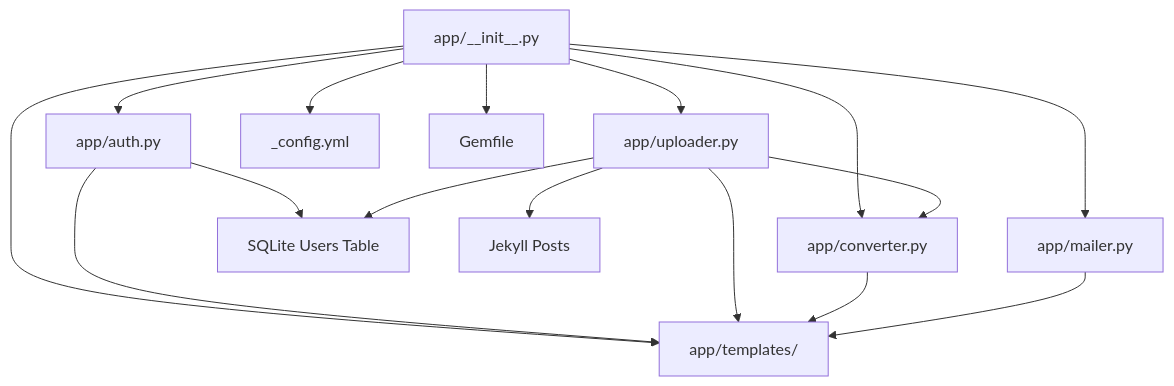
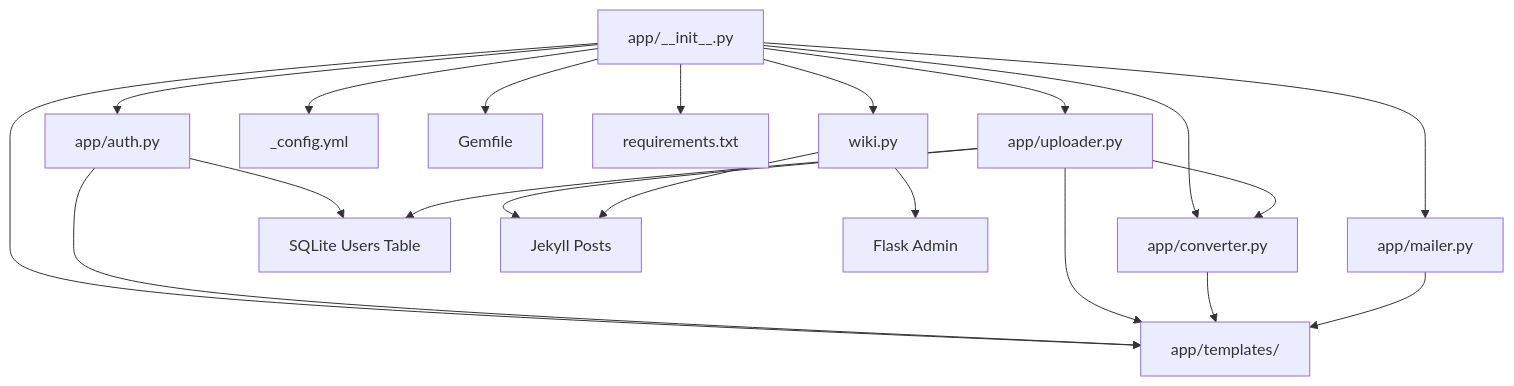
One commit to PolarisW007/PolaZhenJing changed the eighth of 8 diagrams in .qoder/repowiki/en/content/Backend Application/Application Architecture.md. Above: the diagram before and after it, drawn with Mermaid. The commit also changed other lines of this file and 12 other files, not shown here.

````diff
--- a/.qoder/repowiki/en/content/Backend Application/Application Architecture.md
+++ b/.qoder/repowiki/en/content/Backend Application/Application Architecture.md
@@ -342,26 +382,32 @@
 ```mermaid
 graph TB
 APP["app/__init__.py"]
 AUTH["app/auth.py"]
 UP["app/uploader.py"]
 CONV["app/converter.py"]
 MAIL["app/mailer.py"]
 TPL["app/templates/"]
 CFG["_config.yml"]
 GEM["Gemfile"]
+REQ["requirements.txt"]
+WIKI["wiki.py"]
 APP --> AUTH
 APP --> UP
 APP --> CONV
 APP --> MAIL
 APP --> TPL
 APP --> CFG
 APP --> GEM
+APP --> REQ
+APP --> WIKI
 AUTH --> DB["SQLite Users Table"]
 UP --> DB
 UP --> CONV
 UP --> JEKYLL["Jekyll Posts"]
 AUTH --> TPL
 UP --> TPL
 CONV --> TPL
 MAIL --> TPL
+WIKI --> JEKYLL
+WIKI --> FLASK["Flask Admin"]
 ```
````
